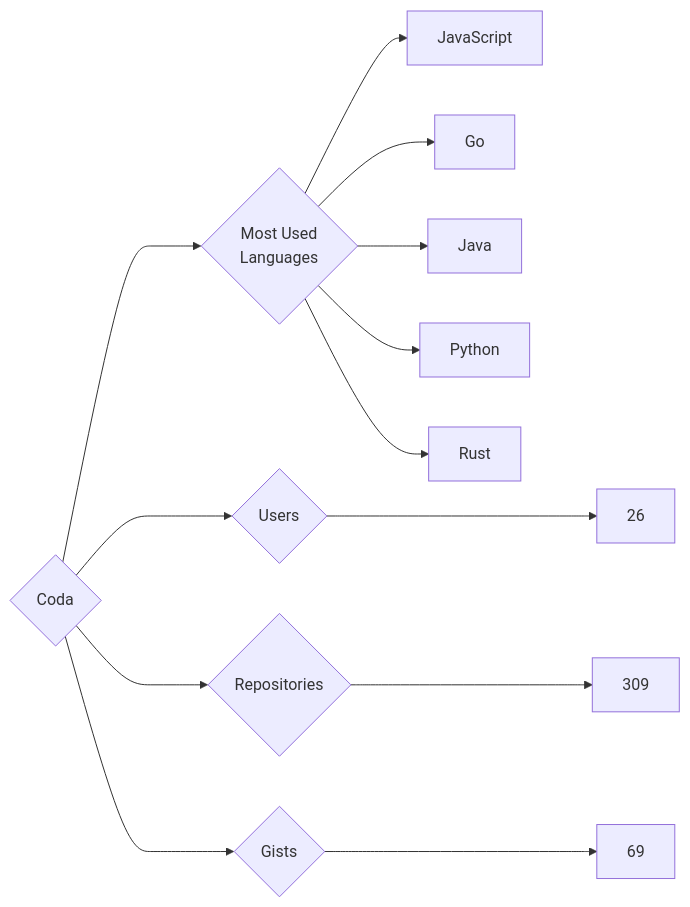
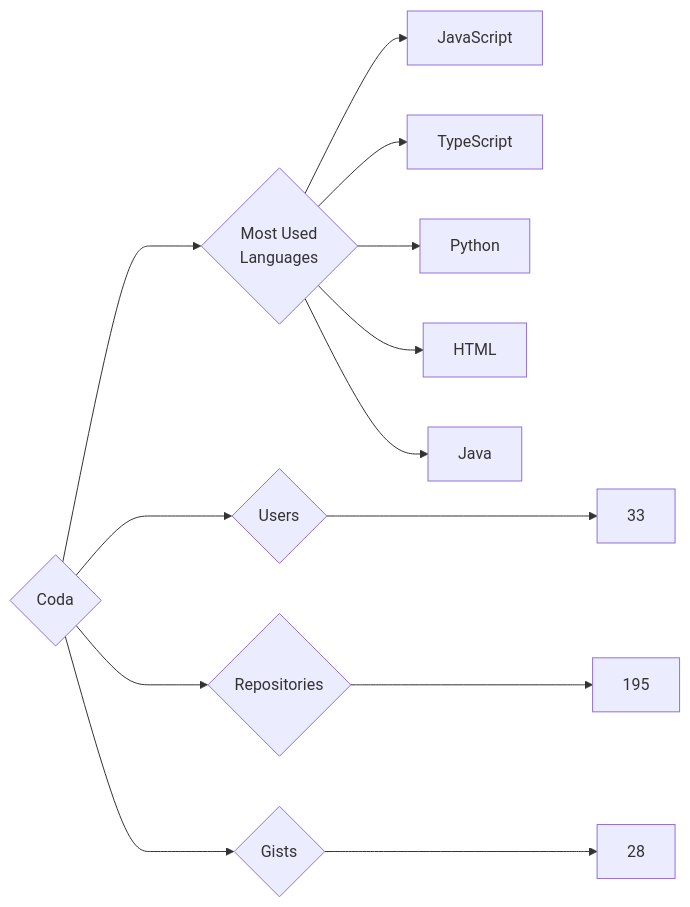
One commit to trickest/insiders changed the diagram in targets/Coda/README.md. Above: the diagram before and after it, drawn with Mermaid. The commit also changed 633 other files, not shown here.

````diff
--- a/targets/Coda/README.md
+++ b/targets/Coda/README.md
@@ -3,13 +3,13 @@
 ```mermaid
 graph LR
 COMPANY_NAME{Coda}
-COMPANY_NAME ---> U{Users} ---> UN[26]
-COMPANY_NAME ---> R{Repositories} ---> RN[309]
-COMPANY_NAME ---> G{Gists} ---> GN[69]
+COMPANY_NAME ---> U{Users} ---> UN[33]
+COMPANY_NAME ---> R{Repositories} ---> RN[195]
+COMPANY_NAME ---> G{Gists} ---> GN[28]
 COMPANY_NAME ---> ML{Most Used<br>Languages}
 ML --> JavaScript[JavaScript]
-ML --> Go[Go]
+ML --> TypeScript[TypeScript]
+ML --> Python[Python]
+ML --> HTML[HTML]
 ML --> Java[Java]
-ML --> Python[Python]
-ML --> Rust[Rust]
 ```
````
